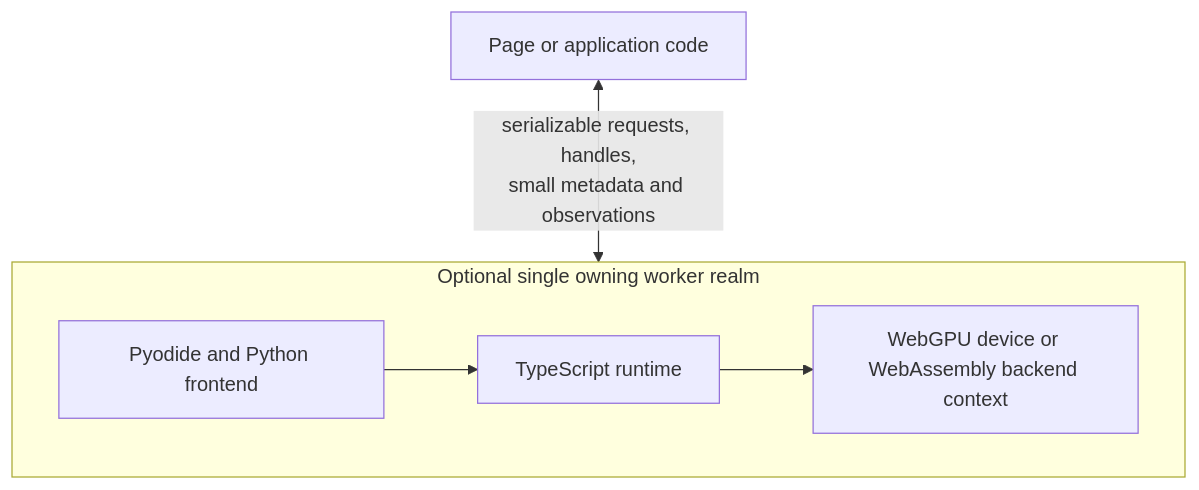
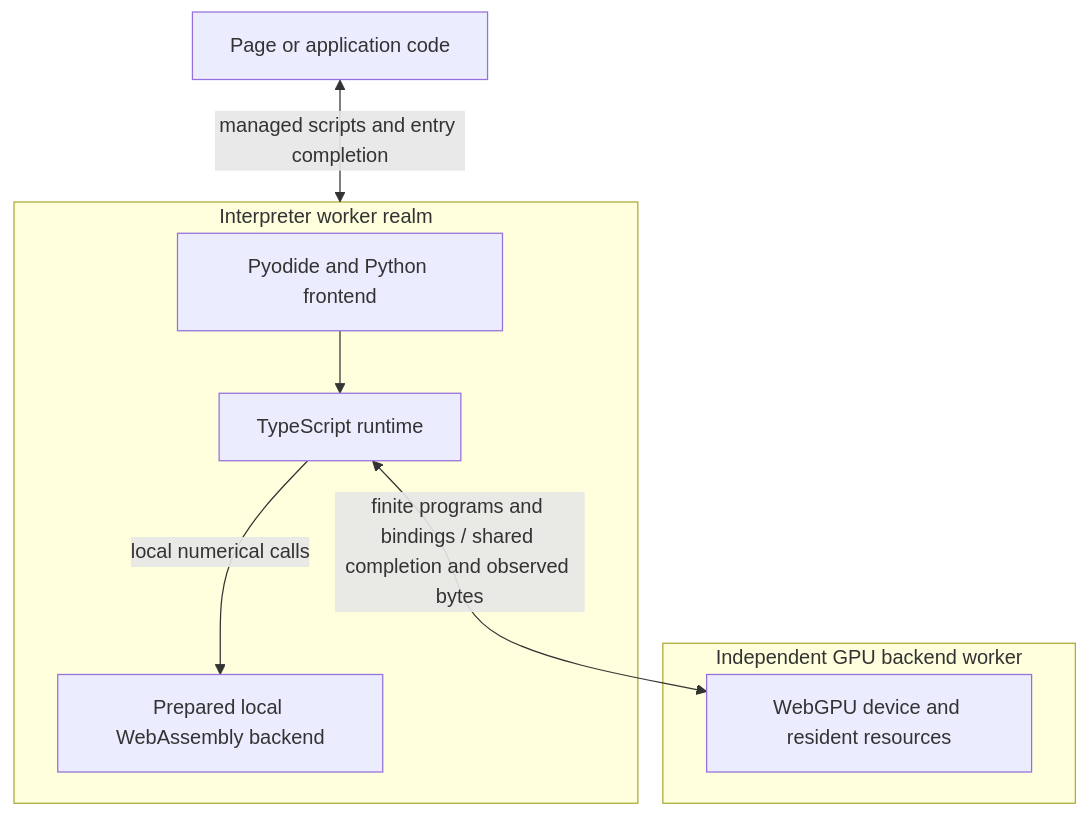
One commit to isaacperez/tabgrad changed the second of 2 diagrams in docs/architecture/frontends-runtime-backends.md. Above: the diagram before and after it, drawn with Mermaid. The commit also changed other lines of this file and 11 other files, not shown here.

````diff
--- a/docs/architecture/frontends-runtime-backends.md
+++ b/docs/architecture/frontends-runtime-backends.md
@@ -177,13 +183,17 @@
 ```mermaid
 flowchart TB
     UI[Page or application code]
 
-    subgraph Worker[Optional single owning worker realm]
+    subgraph Worker[Interpreter worker realm]
         Pyodide[Pyodide and Python frontend]
         TS[TypeScript runtime]
-        Device[WebGPU device or WebAssembly backend context]
-        Pyodide --> TS --> Device
+        CPU[Prepared local WebAssembly backend]
+        Pyodide --> TS
+        TS -->|local numerical calls| CPU
     end
-
-    UI <-->|serializable requests, handles,<br/>small metadata and observations| Worker
+    subgraph BackendWorker[Independent GPU backend worker]
+        Device[WebGPU device and resident resources]
+    end
+    UI <-->|managed scripts and entry completion| Worker
+    TS <-->|finite programs and bindings / shared completion and observed bytes| Device
 ```
````
